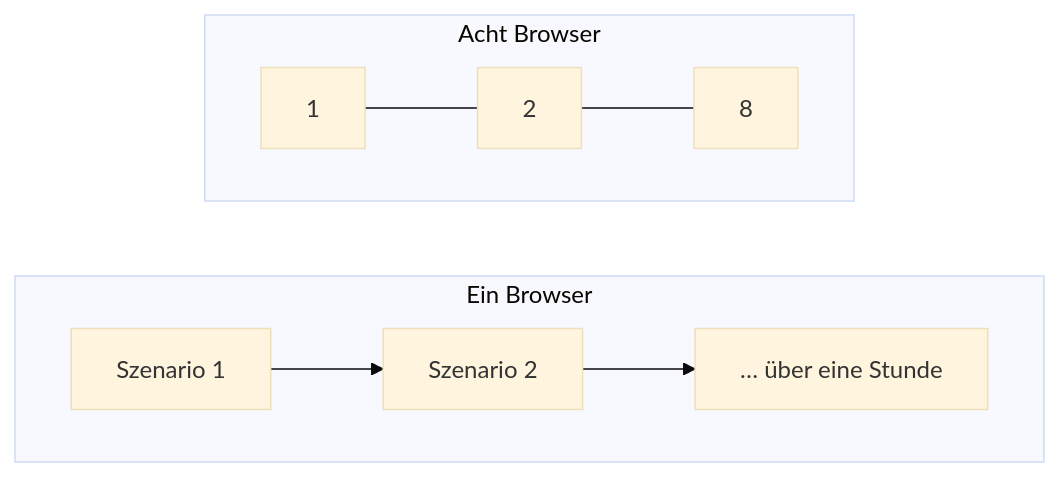
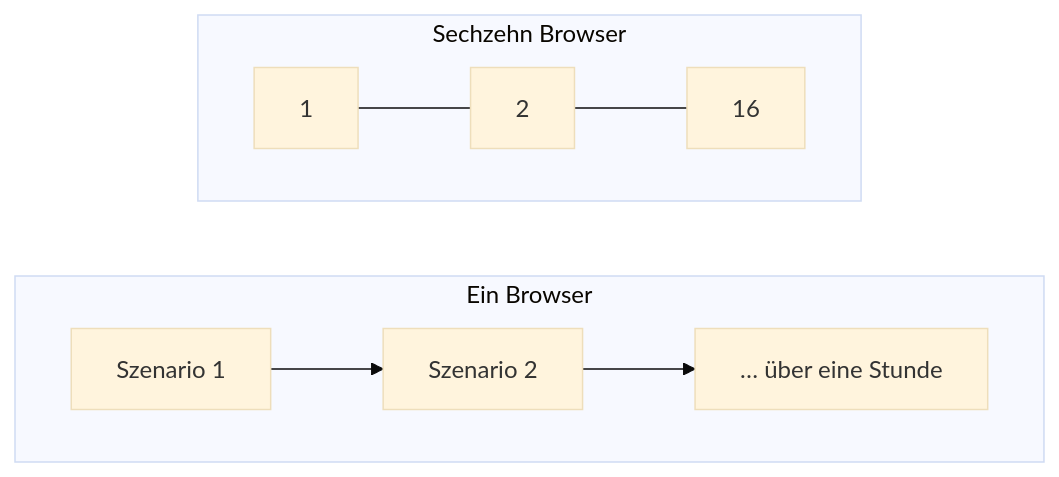
Before and after one commit to it-at-m/eappointment: the first of 5 diagrams in docs/de/testing-and-automation/how-we-parallelized-zmsautomation.md, drawn with Mermaid (base theme). The commit also changed other lines of this file and 10 other files, not shown here.

````diff
--- a/docs/de/testing-and-automation/how-we-parallelized-zmsautomation.md
+++ b/docs/de/testing-and-automation/how-we-parallelized-zmsautomation.md
@@ -9,11 +9,11 @@
 ```mermaid
 flowchart LR
   subgraph serial ["Ein Browser"]
     direction LR
     q1[Szenario 1] --> q2[Szenario 2] --> q3["… über eine Stunde"]
   end
-  subgraph parallelRun ["Acht Browser"]
+  subgraph parallelRun ["Sechzehn Browser"]
     direction LR
-    p1[1] --- p2[2] --- p3[8]
+    p1[1] --- p2[2] --- p3[16]
   end
 ```
````
